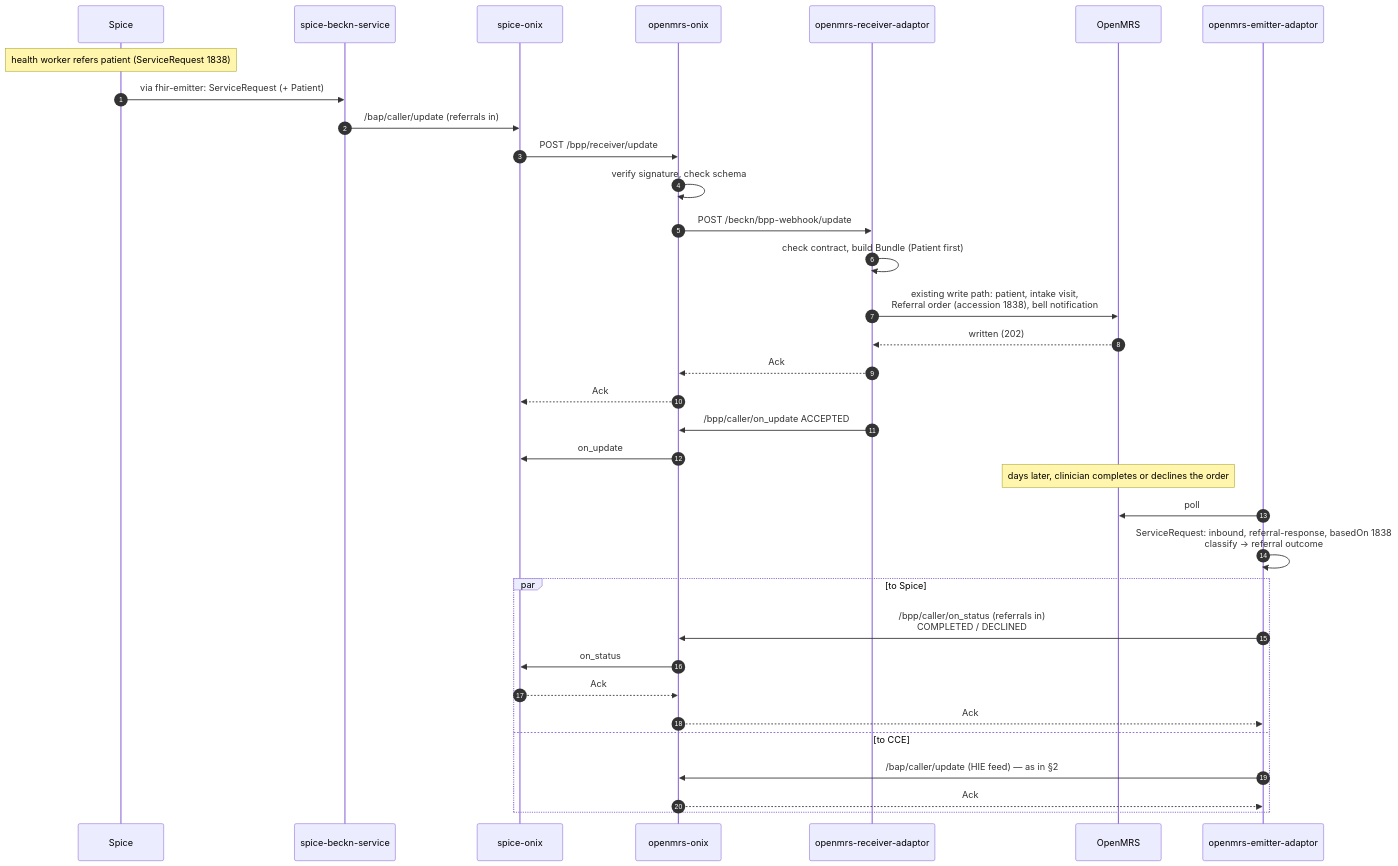
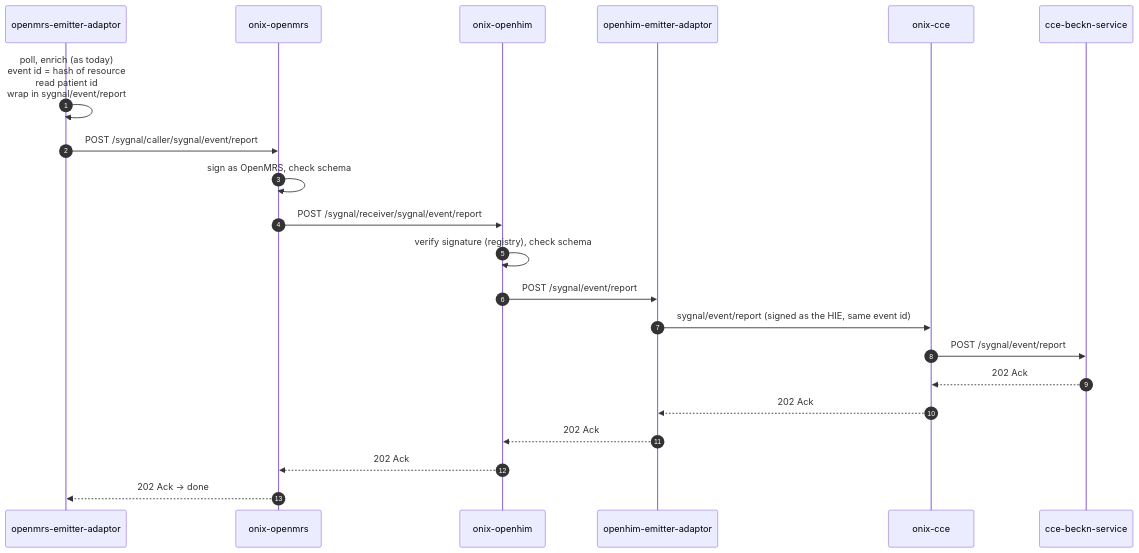
Before and after one commit to Jayaprakash8887/openmrs-cce-emitter-adaptor: the first of 2 diagrams in docs/beckn-integration.md, drawn with Mermaid. The commit also changed other lines of this file and 31 other files, not shown here.

````diff
--- a/docs/beckn-integration.md
+++ b/docs/beckn-integration.md
@@ -157,38 +37,24 @@
 ```mermaid
 sequenceDiagram
     autonumber
-    participant SP as Spice
-    participant SBS as spice-beckn-service
-    participant SON as spice-onix
-    participant OON as openmrs-onix
-    participant ORA as openmrs-receiver-adaptor
-    participant OM as OpenMRS
     participant OEM as openmrs-emitter-adaptor
+    participant OON as onix-openmrs
+    participant HON as onix-openhim
+    participant HIE as openhim-emitter-adaptor
+    participant CON as onix-cce
+    participant CBS as cce-beckn-service
 
-    Note over SP: health worker refers patient (ServiceRequest 1838)
-    SP->>SBS: via fhir-emitter: ServiceRequest (+ Patient)
-    SBS->>SON: /bap/caller/update (referrals in)
-    SON->>OON: POST /bpp/receiver/update
-    OON->>OON: verify signature, check schema
-    OON->>ORA: POST /beckn/bpp-webhook/update
-    ORA->>ORA: check contract, build Bundle (Patient first)
-    ORA->>OM: existing write path: patient, intake visit,<br/>Referral order (accession 1838), bell notification
-    OM-->>ORA: written (202)
-    ORA-->>OON: Ack
-    OON-->>SON: Ack
-    ORA->>OON: /bpp/caller/on_update ACCEPTED
-    OON->>SON: on_update
-
-    Note over OM: days later, clinician completes or declines the order
-    OEM->>OM: poll
-    OEM->>OEM: ServiceRequest: inbound, referral-response, basedOn 1838<br/>classify → referral outcome
-    par to Spice
-        OEM->>OON: /bpp/caller/on_status (referrals in)<br/>COMPLETED / DECLINED
-        OON->>SON: on_status
-        SON-->>OON: Ack
-        OON-->>OEM: Ack
-    and to CCE
-        OEM->>OON: /bap/caller/update (HIE feed) — as in §2
-        OON-->>OEM: Ack
-    end
+    OEM->>OEM: poll, enrich (as today)<br/>event id = hash of resource<br/>read patient id<br/>wrap in sygnal/event/report
+    OEM->>OON: POST /sygnal/caller/sygnal/event/report
+    OON->>OON: sign as OpenMRS, check schema
+    OON->>HON: POST /sygnal/receiver/sygnal/event/report
+    HON->>HON: verify signature (registry), check schema
+    HON->>HIE: POST /sygnal/event/report
+    HIE->>CON: sygnal/event/report (signed as the HIE, same event id)
+    CON->>CBS: POST /sygnal/event/report
+    CBS-->>CON: 202 Ack
+    CON-->>HIE: 202 Ack
+    HIE-->>HON: 202 Ack
+    HON-->>OON: 202 Ack
+    OON-->>OEM: 202 Ack → done
 ```
````
